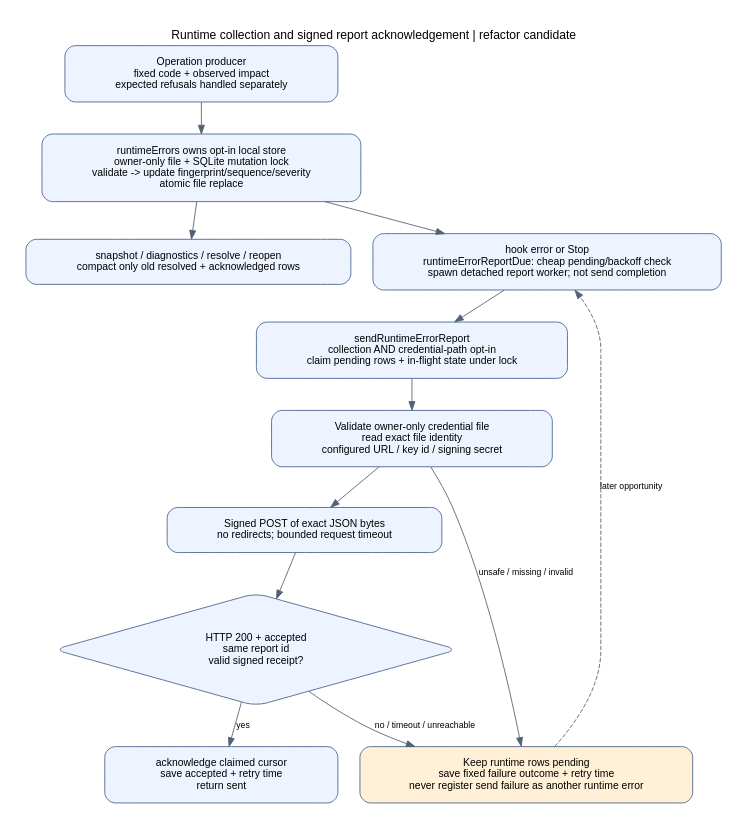
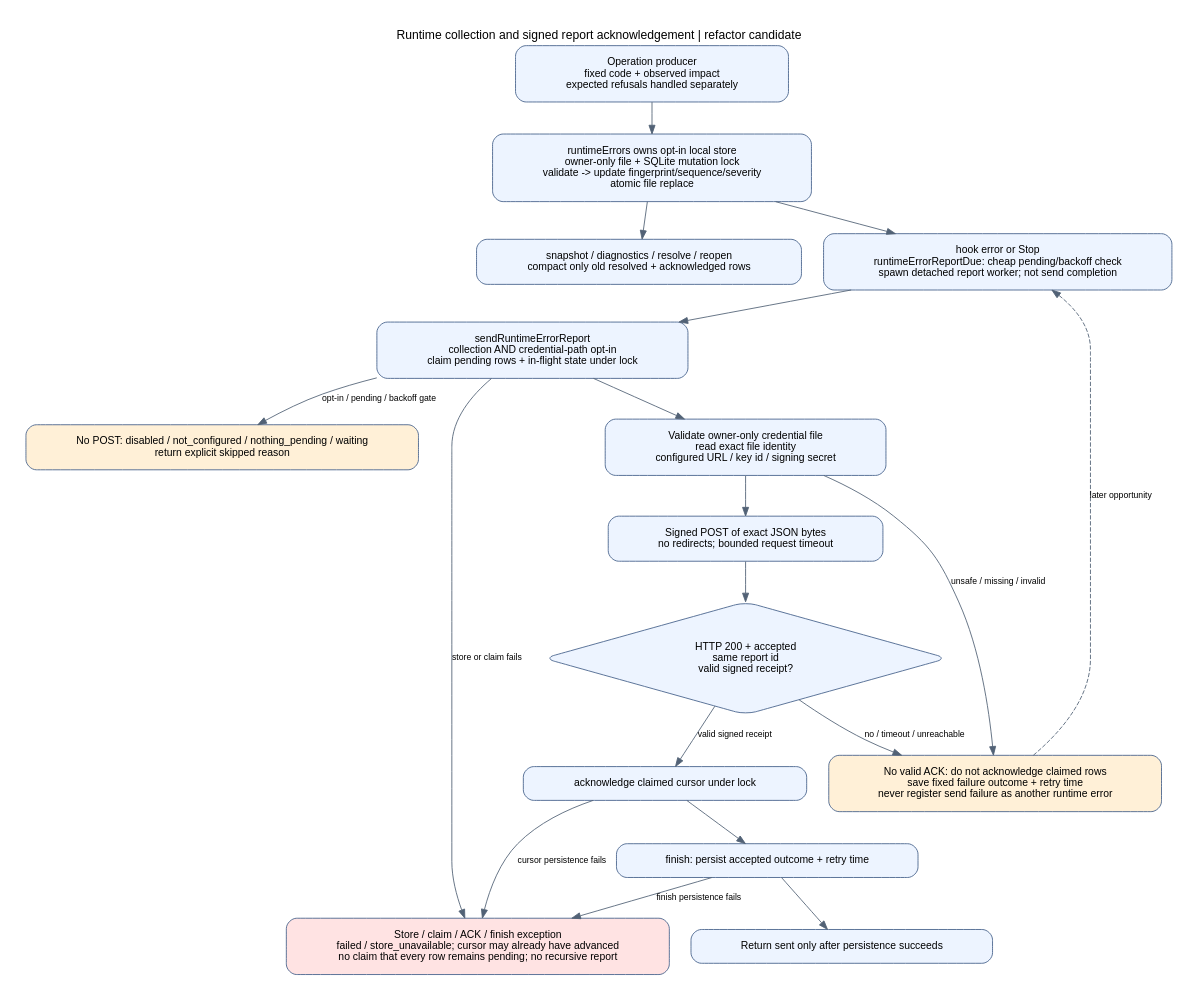
One commit to kitepon/Caveat changed the diagram in docs/diagrams/07-runtime-reporting.dot. Above: the diagram before and after it, drawn with Graphviz. The commit also changed 25 other files, not shown here.

Commit message:
docs: align feature diagrams with failure and delivery contracts

```diff
--- a/docs/diagrams/07-runtime-reporting.dot
+++ b/docs/diagrams/07-runtime-reporting.dot
@@ -1,22 +1,33 @@
 digraph runtime {
  graph [rankdir=TB, bgcolor="white", pad="0.3", nodesep="0.35", ranksep="0.5", fontname="Arial", label="Runtime collection and signed report acknowledgement | refactor candidate", labelloc=t];
  node [shape=box, style="rounded,filled", fillcolor="#edf4ff", color="#45618a", fontname="Arial", fontsize=12, margin="0.8,0.18"];
  edge [fontname="Arial", fontsize=10, color="#526276"];
  producer [label="Operation producer\nfixed code + observed impact\nexpected refusals handled separately"];
  local [label="runtimeErrors owns opt-in local store\nowner-only file + SQLite mutation lock\nvalidate -> update fingerprint/sequence/severity\natomic file replace"];
  inspect [label="snapshot / diagnostics / resolve / reopen\ncompact only old resolved + acknowledged rows"];
  due [label="hook error or Stop\nruntimeErrorReportDue: cheap pending/backoff check\nspawn detached report worker; not send completion"];
  claim [label="sendRuntimeErrorReport\ncollection AND credential-path opt-in\nclaim pending rows + in-flight state under lock"];
  credentials [label="Validate owner-only credential file\nread exact file identity\nconfigured URL / key id / signing secret"];
  post [label="Signed POST of exact JSON bytes\nno redirects; bounded request timeout"];
  verify [shape=diamond, label="HTTP 200 + accepted\nsame report id\nvalid signed receipt?"];
- ack [label="acknowledge claimed cursor\nsave accepted + retry time\nreturn sent"];
- retry [fillcolor="#fff0d7", label="Keep runtime rows pending\nsave fixed failure outcome + retry time\nnever register send failure as another runtime error"];
+ ack [label="acknowledge claimed cursor under lock"];
+ retry [fillcolor="#fff0d7", label="No valid ACK: do not acknowledge claimed rows\nsave fixed failure outcome + retry time\nnever register send failure as another runtime error"];
  producer -> local;
  local -> inspect;
  local -> due -> claim -> credentials -> post -> verify;
- verify -> ack [label="yes"];
+ verify -> ack [label="valid signed receipt"];
+ ack -> finish -> sent;
  verify -> retry [label="no / timeout / unreachable"];
  credentials -> retry [label="unsafe / missing / invalid"];
  retry -> due [style=dashed, label="later opportunity"];
+
+ finish [label="finish: persist accepted outcome + retry time"];
+ sent [label="Return sent only after persistence succeeds"];
+ nohttp [fillcolor="#fff0d7",label="No POST: disabled / not_configured / nothing_pending / waiting\nreturn explicit skipped reason"];
+ storefail [fillcolor="#ffe3e3",label="Store / claim / ACK / finish exception\nfailed / store_unavailable; cursor may already have advanced\nno claim that every row remains pending; no recursive report"];
+ claim -> nohttp [label="opt-in / pending / backoff gate"];
+ claim -> storefail [label="store or claim fails"];
+ ack -> storefail [label="cursor persistence fails"];
+ finish -> storefail [label="finish persistence fails"];
+
 }
```
